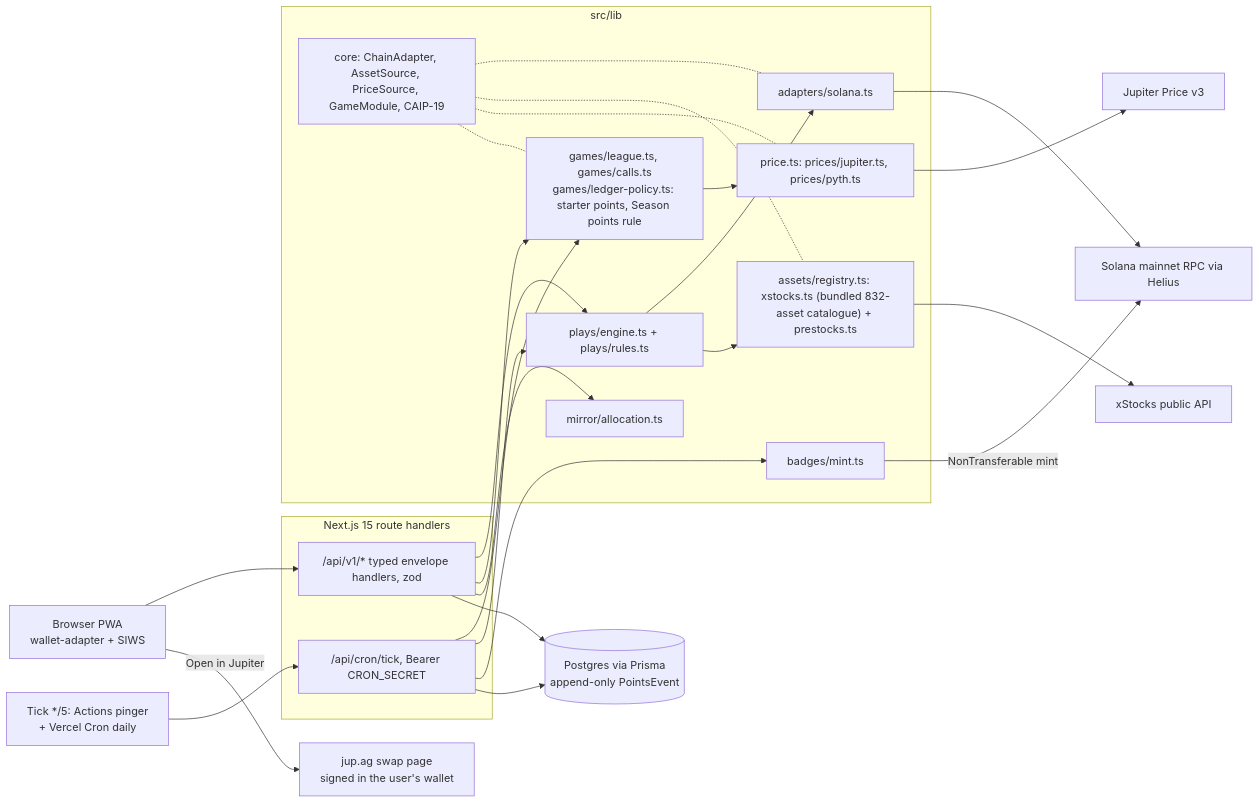
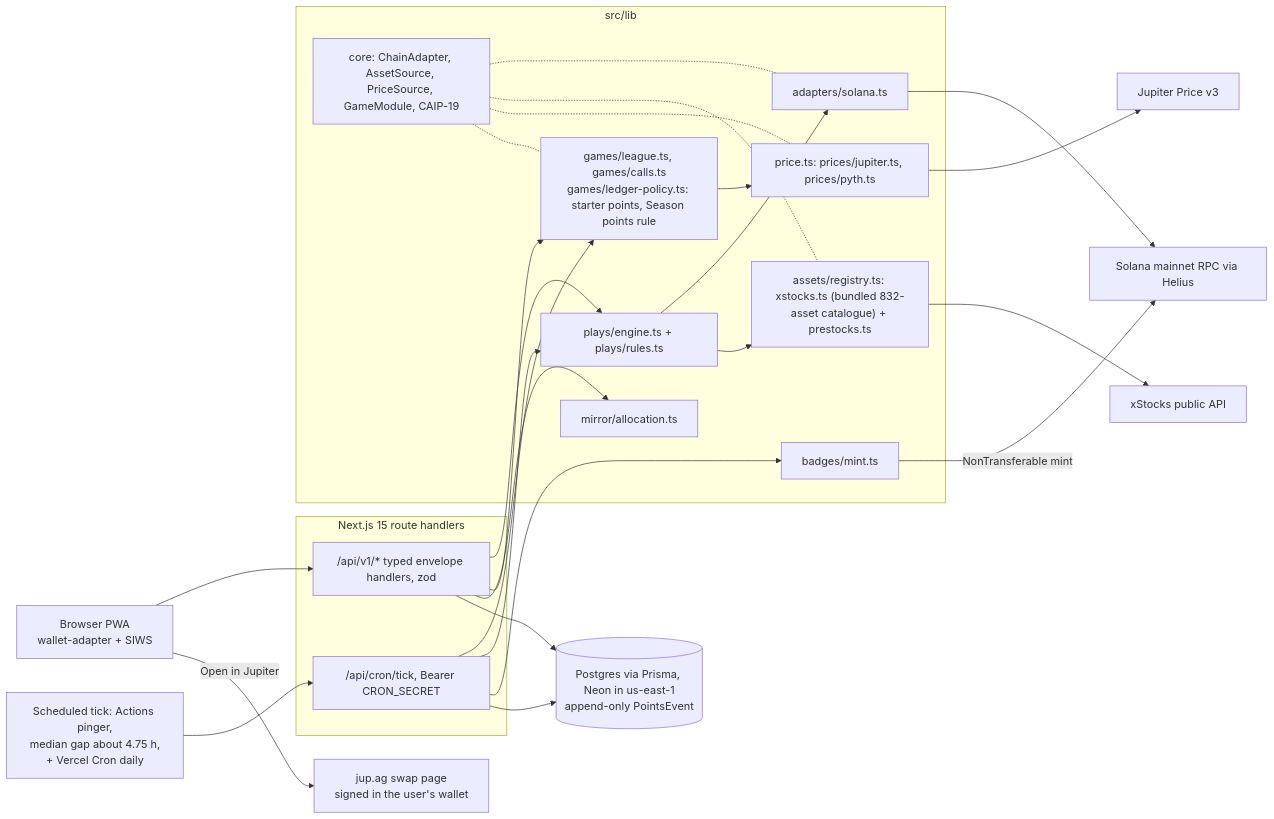
Before and after one commit to djbigzzz/dulo: the second of 2 diagrams in README.md, drawn with Mermaid. The commit also changed other lines of this file and 49 other files, not shown here.

````diff
--- a/README.md
+++ b/README.md
@@ -302,50 +304,50 @@
 ```mermaid
 flowchart LR
   user["Browser PWA<br/>wallet-adapter + SIWS"]
-  vcron["Tick */5: Actions pinger<br/>+ Vercel Cron daily"]
+  vcron["Scheduled tick: Actions pinger,<br/>median gap about 4.75 h,<br/>+ Vercel Cron daily"]
 
   subgraph routes["Next.js 15 route handlers"]
     v1["/api/v1/* typed envelope handlers, zod"]
     tick["/api/cron/tick, Bearer CRON_SECRET"]
   end
 
   subgraph lib["src/lib"]
     core["core: ChainAdapter, AssetSource, PriceSource, GameModule, CAIP-19"]
     adapter["adapters/solana.ts"]
     xs["assets/registry.ts: xstocks.ts (bundled 832-asset catalogue) + prestocks.ts"]
     pr["price.ts: prices/jupiter.ts, prices/pyth.ts"]
     eng["plays/engine.ts + plays/rules.ts"]
     games["games/league.ts, games/calls.ts<br/>games/ledger-policy.ts: starter points, Season points rule"]
     mirror["mirror/allocation.ts"]
     badges["badges/mint.ts"]
   end
 
-  db[("Postgres via Prisma<br/>append-only PointsEvent")]
+  db[("Postgres via Prisma, Neon in us-east-1<br/>append-only PointsEvent")]
   rpc["Solana mainnet RPC via Helius"]
   xapi["xStocks public API"]
   jprice["Jupiter Price v3"]
   jswap["jup.ag swap page<br/>signed in the user's wallet"]
 
   user --> v1
   user -- "Open in Jupiter" --> jswap
   vcron --> tick
   v1 --> eng
   v1 --> games
   v1 --> mirror
   tick --> games
   tick --> eng
   tick --> badges
   eng --> adapter
   adapter --> rpc
   eng --> xs
   xs --> xapi
   games --> pr
   pr --> jprice
   badges -- "NonTransferable mint" --> rpc
   core -.- adapter
   core -.- xs
   core -.- pr
   core -.- games
   v1 --> db
   tick --> db
 ```
````
